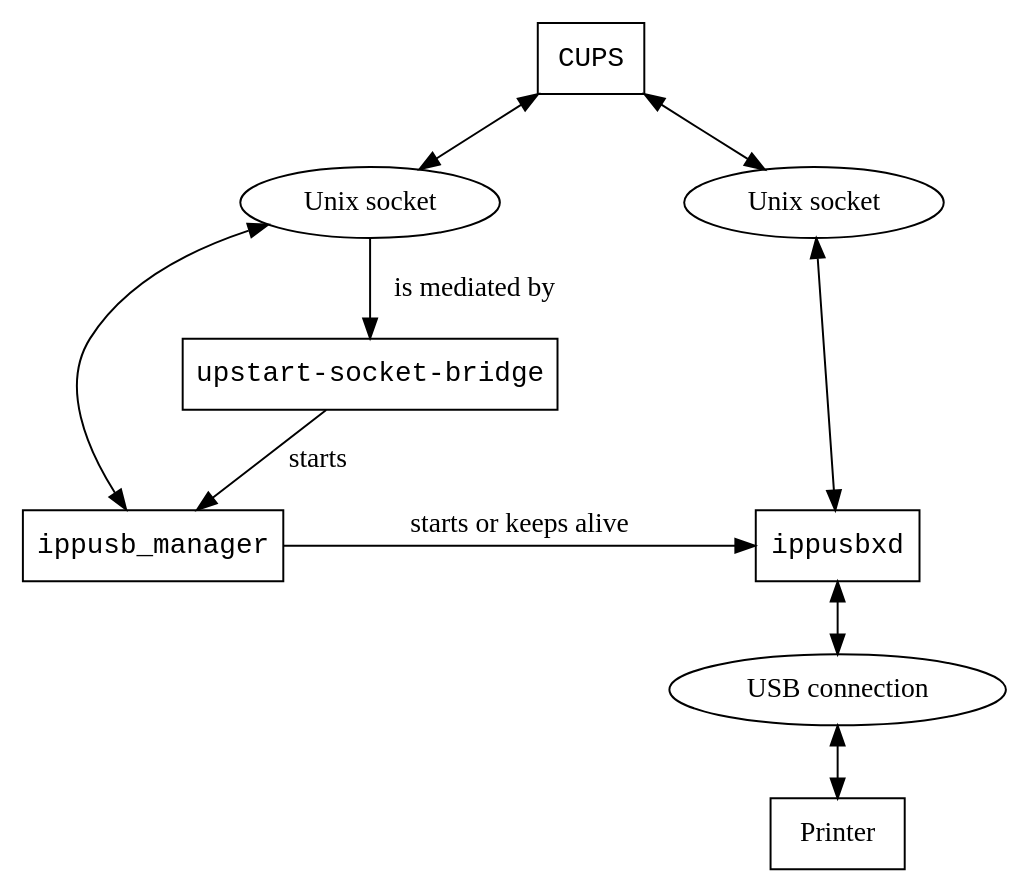
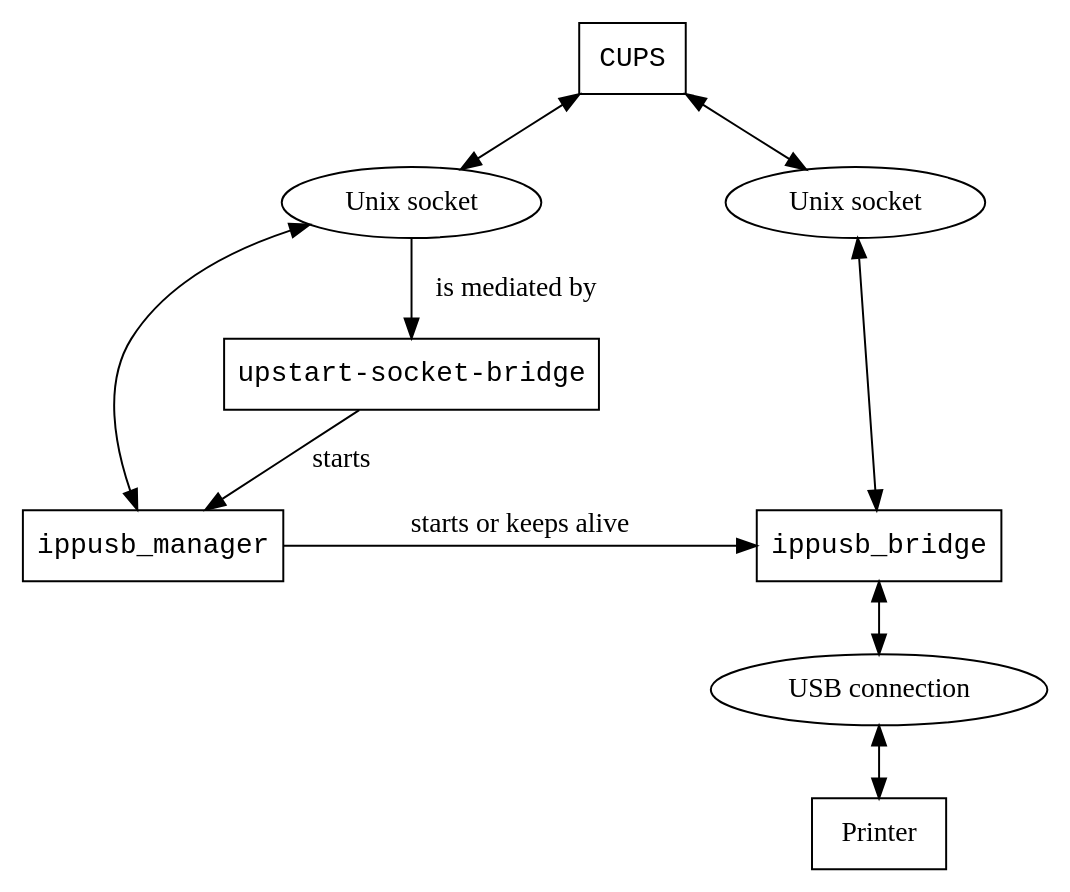
Before and after one commit to dgreid/platform2: the diagram in ippusb_manager/overview_diagram.dot, drawn with Graphviz. The commit also changed 5 other files, not shown here.

First line of the commit message:
ippusb_manager: remove old references to ippusbxd

```diff
--- a/ippusb_manager/overview_diagram.dot
+++ b/ippusb_manager/overview_diagram.dot
@@ -1,45 +1,45 @@
 digraph {
   concentrate = true;
   nodesep = 1.3;
 
   CUPS[fontname=Monospace,shape=box];
 
   socket_bridge[label="upstart-socket-bridge",fontname=Monospace,shape=box,];
   ippusb_manager[fontname=Monospace,shape=box];
-  ippusbxd[fontname=Monospace,shape=box];
+  ippusb_bridge[fontname=Monospace,shape=box];
 
   Printer[shape=box];
 
   cups_and_manager[label="Unix socket"];
-  cups_and_xd[label="Unix socket"];
-  xd_and_printer[label="USB connection"];
+  cups_and_bridge[label="Unix socket"];
+  bridge_and_printer[label="USB connection"];
 
-  // Links CUPS to the sockets for ippusb_manager and for ippusbxd.
+  // Links CUPS to the sockets for ippusb_manager and for ippusb_bridge.
   CUPS->cups_and_manager[weight=1000];
   cups_and_manager->CUPS[weight=1000];
-  CUPS->cups_and_xd[weight=1000];
-  cups_and_xd->CUPS[weight=1000];
+  CUPS->cups_and_bridge[weight=1000];
+  cups_and_bridge->CUPS[weight=1000];
 
   // Links the socket, upstart-socket-bridge, and ippusb_manager together.
   cups_and_manager->socket_bridge[label="is mediated by"];
   cups_and_manager->ippusb_manager;
   socket_bridge->ippusb_manager[label="starts"];
   ippusb_manager->cups_and_manager;
 
-  // Links the socket, ippusbxd, and ippusb_manager together.
-  ippusbxd->cups_and_xd;
-  cups_and_xd->ippusbxd;
-  ippusb_manager->ippusbxd[label="starts or keeps alive"];
+  // Links the socket, ippusb_bridge, and ippusb_manager together.
+  ippusb_bridge->cups_and_bridge;
+  cups_and_bridge->ippusb_bridge;
+  ippusb_manager->ippusb_bridge[label="starts or keeps alive"];
 
-  // Links ippusbxd to the printer.
-  ippusbxd->xd_and_printer;
-  xd_and_printer->ippusbxd;
-  Printer->xd_and_printer;
-  xd_and_printer->Printer;
+  // Links ippusb_bridge to the printer.
+  ippusb_bridge->bridge_and_printer;
+  bridge_and_printer->ippusb_bridge;
+  Printer->bridge_and_printer;
+  bridge_and_printer->Printer;
 
   // Aligns the Unix sockets.
-  {rank=same; cups_and_manager cups_and_xd}
+  {rank=same; cups_and_manager cups_and_bridge}
 
-  // Aligns ippusb_manager and ippusbxd.
-  {rank=same; ippusb_manager ippusbxd}
+  // Aligns ippusb_manager and ippusb_bridge.
+  {rank=same; ippusb_manager ippusb_bridge}
 }
```
